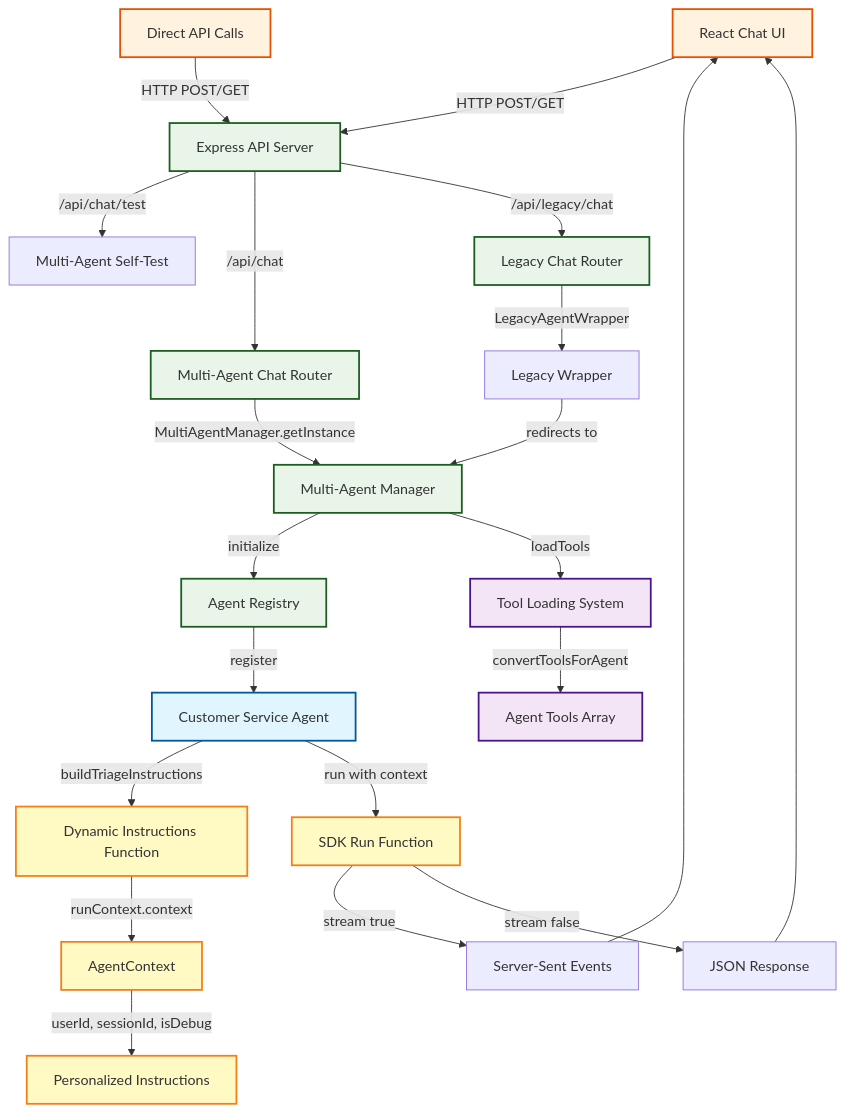
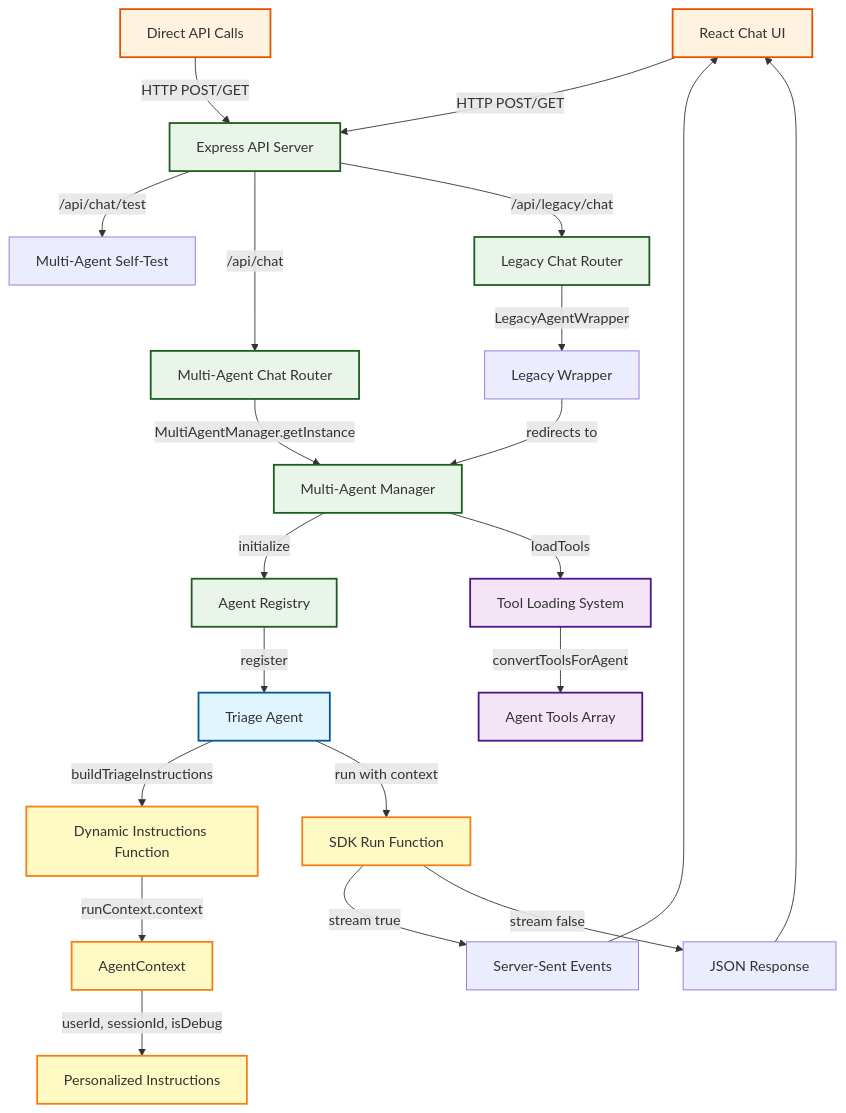
One commit to dudgeon/waddle-demo changed the first of 2 diagrams in AGENT_ARCHITECTURE.md. Above: the diagram before and after it, drawn with Mermaid. The commit also changed other lines of this file, not shown here.

First line of the commit message:
feat: add chart accuracy maintenance process and fix Mermaid diagram inconsistencies

````diff
--- a/AGENT_ARCHITECTURE.md
+++ b/AGENT_ARCHITECTURE.md
@@ -15,49 +15,49 @@
 ```mermaid
 graph TB
     %% User Entry Points
     UI[React Chat UI] --> |HTTP POST/GET| API[Express API Server]
     CURL[Direct API Calls] --> |HTTP POST/GET| API
     
     %% API Layer (Multi-Agent + Legacy)
     API --> |/api/chat/test| MATEST[Multi-Agent Self-Test]
     API --> |/api/chat| MAROUTER[Multi-Agent Chat Router]
     API --> |/api/legacy/chat| LEGACY[Legacy Chat Router]
     
     %% Multi-Agent System (Primary)
     MAROUTER --> |MultiAgentManager.getInstance| MANAGER[Multi-Agent Manager]
     MANAGER --> |initialize| REGISTRY[Agent Registry]
-    REGISTRY --> |register| CSA[Customer Service Agent]
+    REGISTRY --> |register| TRIAGE[Triage Agent]
     
     %% Agent Runtime Configuration
-    CSA --> |buildTriageInstructions| DYNCONFIG[Dynamic Instructions Function]
+    TRIAGE --> |buildTriageInstructions| DYNCONFIG[Dynamic Instructions Function]
     DYNCONFIG --> |runContext.context| CONTEXT[AgentContext]
     CONTEXT --> |userId, sessionId, isDebug| PERSONALIZED[Personalized Instructions]
     
     %% Tool System
     MANAGER --> |loadTools| TOOLSYS[Tool Loading System]
     TOOLSYS --> |convertToolsForAgent| AGENTTOOLS[Agent Tools Array]
     
     %% Legacy Compatibility
     LEGACY --> |LegacyAgentWrapper| WRAPPER[Legacy Wrapper]
     WRAPPER --> |redirects to| MANAGER
     
     %% Response Flow
-    CSA --> |run with context| SDKRUN[SDK Run Function]
+    TRIAGE --> |run with context| SDKRUN[SDK Run Function]
     SDKRUN --> |stream true| SSE[Server-Sent Events]
     SDKRUN --> |stream false| JSON[JSON Response]
     SSE --> UI
     JSON --> UI
     
     %% Styling
     classDef agent fill:#e1f5fe,stroke:#01579b,stroke-width:2px
     classDef tool fill:#f3e5f5,stroke:#4a148c,stroke-width:2px
     classDef api fill:#e8f5e8,stroke:#1b5e20,stroke-width:2px
     classDef ui fill:#fff3e0,stroke:#e65100,stroke-width:2px
     classDef runtime fill:#fff9c4,stroke:#f57f17,stroke-width:2px
     
-    class CSA agent
+    class TRIAGE agent
     class TOOLSYS,AGENTTOOLS tool
     class API,MAROUTER,LEGACY,MANAGER,REGISTRY api
     class UI,CURL ui
     class DYNCONFIG,CONTEXT,PERSONALIZED,SDKRUN runtime
 ```
````
